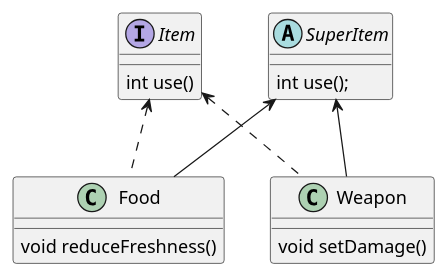
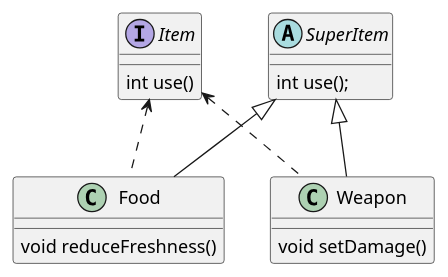
One commit to Dat1Cphbusiness/spring2026 changed the diagram in documentation/heroes.puml. Above: the diagram before and after it, drawn with PlantUML. The commit also changed 19 other files, not shown here.

```diff
--- a/documentation/heroes.puml
+++ b/documentation/heroes.puml
@@ -1,26 +1,26 @@
 @startuml
 'https://plantuml.com/class-diagram
 
 
 interface Item{
     int use()
 
 }
 
 abstract class SuperItem{
     int use();
 }
 
 class Food{
 void reduceFreshness()
 }
 class Weapon{
 void setDamage()
 }
 
 
 Item <..Food
 Item <..Weapon
-SuperItem <-- Food
-SuperItem <-- Weapon
+SuperItem <|-- Food
+SuperItem <|--Weapon
 @enduml
```
